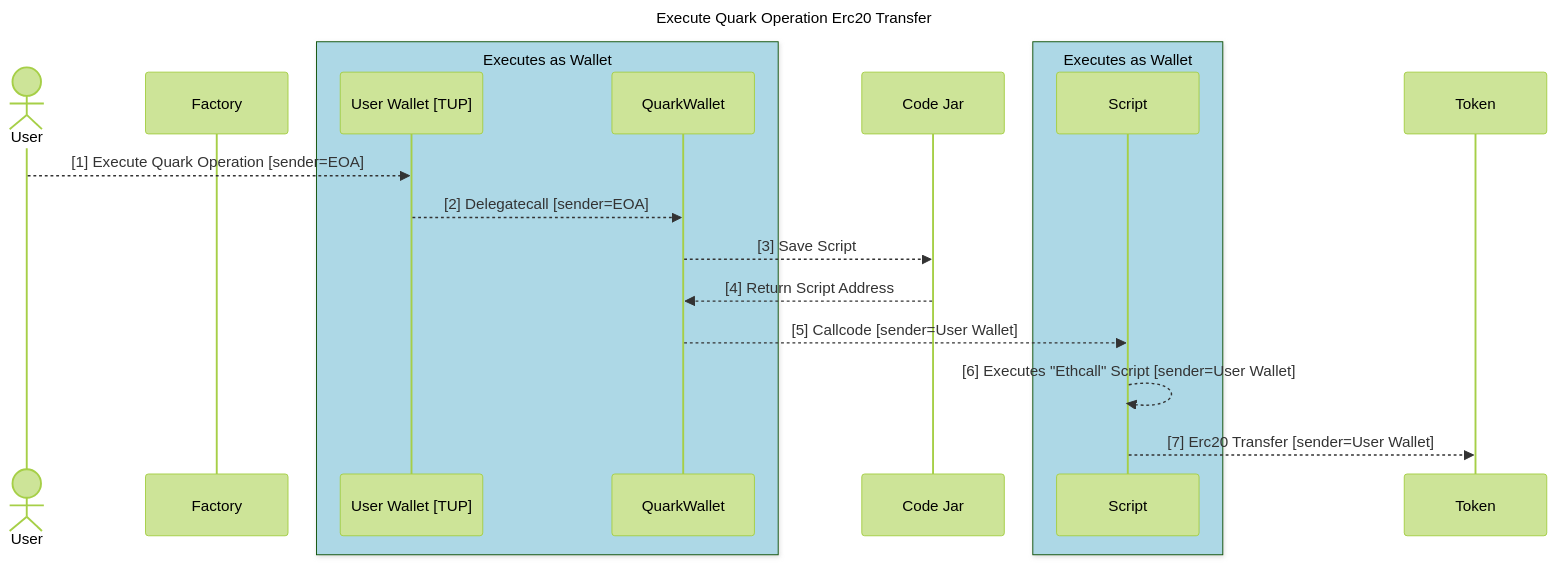
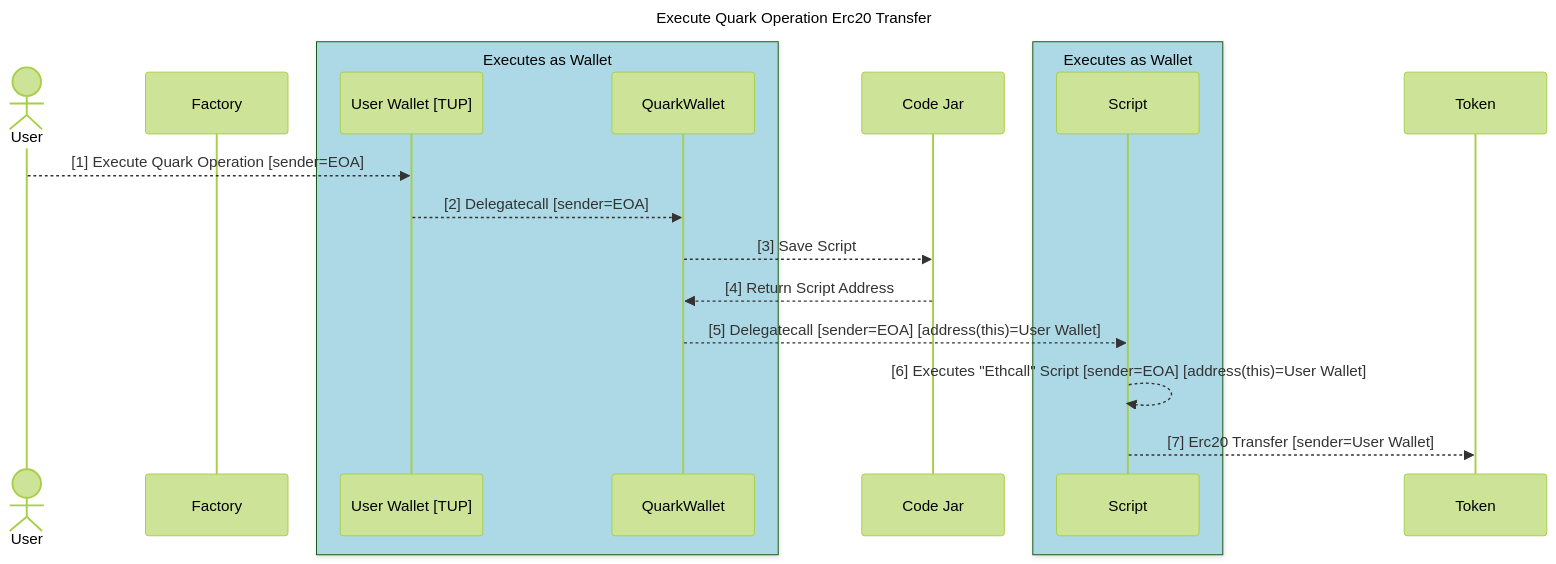
One commit to compound-finance/quark changed the fourth of 5 diagrams in diagrams/diagrams.md. Above: the diagram before and after it, drawn with Mermaid. The commit also changed other lines of this file and 11 other files, not shown here.

First line of the commit message:
Switch from `callcode` to `delegatecall` (#222)

````diff
--- a/diagrams/diagrams.md
+++ b/diagrams/diagrams.md
@@ -80,24 +80,24 @@
 ```mermaid
 sequenceDiagram title: Execute Quark Operation Erc20 Transfer
     %%{init: {'theme': 'forest' } }%%
     actor User
     participant F as Factory
 
     box lightblue Executes as Wallet
     participant UW as User Wallet [TUP]
     participant QW as QuarkWallet
     end
     participant CJ as Code Jar
     box lightblue Executes as Wallet
     participant S as Script
     end
     participant T as Token
 
     User -->> UW: [1] Execute Quark Operation [sender=EOA]
     UW -->> QW: [2] Delegatecall [sender=EOA]
     QW -->> CJ: [3] Save Script
     CJ -->> QW: [4] Return Script Address
-    QW -->> S: [5] Callcode [sender=User Wallet]
-    S -->> S: [6] Executes "Ethcall" Script [sender=User Wallet]
+    QW -->> S: [5] Delegatecall [sender=EOA] [address(this)=User Wallet]
+    S -->> S: [6] Executes "Ethcall" Script [sender=EOA] [address(this)=User Wallet]
     S -->> T: [7] Erc20 Transfer [sender=User Wallet]
 ```
````
